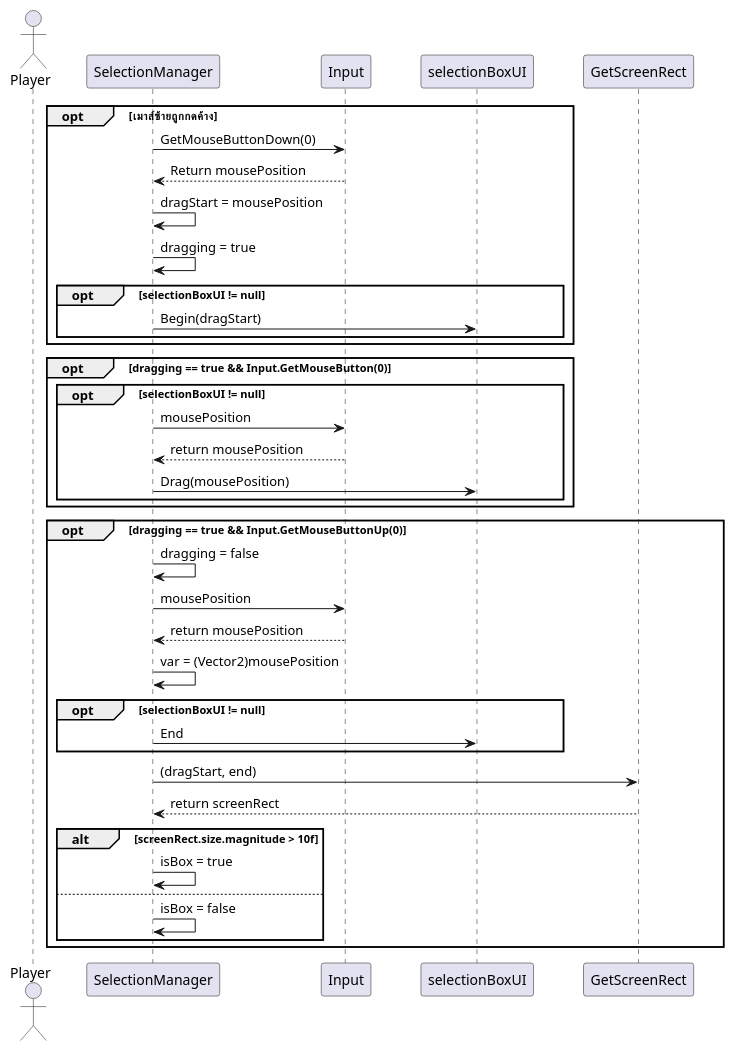
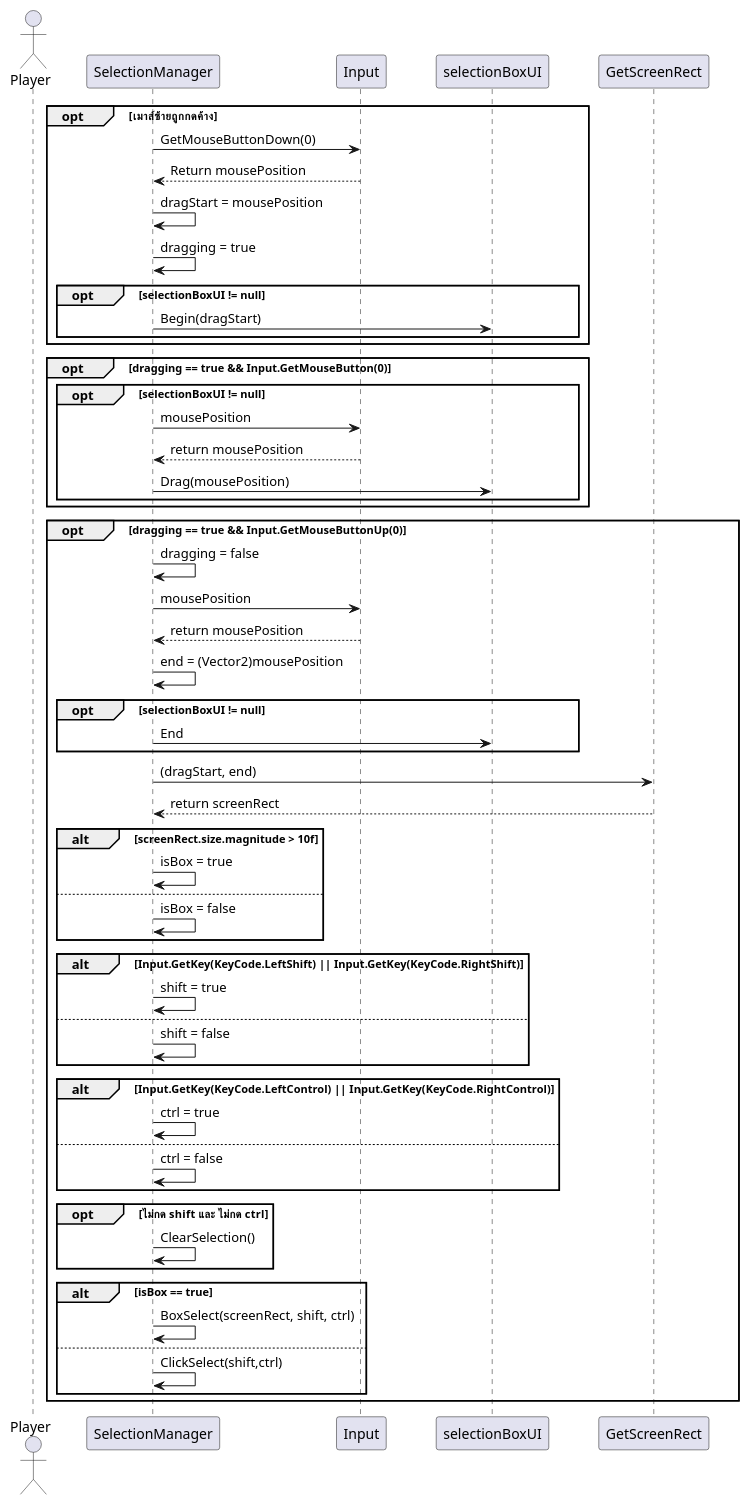
One commit to khongpak/URTS_GPT changed the diagram in Assets/UML/SequenceDiagrams/Selection/SelectionManager_HandleClickAndDrag_Sequence.puml. Above: the diagram before and after it, drawn with PlantUML. The commit also changed 1 other file, not shown here.

Commit message:
เป้าหมายบทเรียน #4 — Formation Move + Marker Pool ยังไม่เสร็จ กำลังทำถึงแค่ขั้นตอนที่ 1 สร้างไฟล์ ClickMoveMarkerPool.cs เหลืออีก 1 ไฟล์ ตอนนี้มาเพิ่ม Class Diagram ของ SelectionManager เสร็จแล้ว Update Sequence เสร็จแล้ว กำลังจะเริ่ม ClickSelect

```diff
--- a/Assets/UML/SequenceDiagrams/Selection/SelectionManager_HandleClickAndDrag_Sequence.puml
+++ b/Assets/UML/SequenceDiagrams/Selection/SelectionManager_HandleClickAndDrag_Sequence.puml
@@ -1,51 +1,71 @@
 @startuml
     skinparam Shadowing false
     skinparam ParticipantPadding 20
 
     actor Player
     Participant SelectionManager
     Participant Input
     Participant selectionBoxUI
     Participant GetScreenRect
 
     opt เมาส์ซ้ายถูกกดค้าง
         SelectionManager -> Input : GetMouseButtonDown(0)
         Input --> SelectionManager :Return mousePosition
         SelectionManager -> SelectionManager : dragStart = mousePosition
         SelectionManager -> SelectionManager : dragging = true
         
         opt selectionBoxUI != null
             SelectionManager -> selectionBoxUI : Begin(dragStart)
         end
     end
 
     opt dragging == true && Input.GetMouseButton(0)
         opt selectionBoxUI != null
             SelectionManager -> Input : mousePosition
             Input --> SelectionManager : return mousePosition
             SelectionManager -> selectionBoxUI : Drag(mousePosition)
         end
     end
 
     opt dragging == true && Input.GetMouseButtonUp(0)
         SelectionManager -> SelectionManager : dragging = false
         SelectionManager -> Input : mousePosition
         Input --> SelectionManager : return mousePosition
-        SelectionManager -> SelectionManager : var = (Vector2)mousePosition
+        SelectionManager -> SelectionManager : end = (Vector2)mousePosition
 
         opt selectionBoxUI != null
             SelectionManager -> selectionBoxUI : End
         end
 
         SelectionManager -> GetScreenRect : (dragStart, end)
         GetScreenRect --> SelectionManager : return screenRect
 
         alt screenRect.size.magnitude > 10f
             SelectionManager -> SelectionManager : isBox = true
         else
             SelectionManager -> SelectionManager : isBox = false
         end
     
-    
+        alt Input.GetKey(KeyCode.LeftShift) || Input.GetKey(KeyCode.RightShift)
+            SelectionManager -> SelectionManager : shift = true
+        else
+            SelectionManager -> SelectionManager : shift = false
+        end
+
+        alt Input.GetKey(KeyCode.LeftControl) || Input.GetKey(KeyCode.RightControl)
+            SelectionManager -> SelectionManager : ctrl = true
+        else
+            SelectionManager -> SelectionManager : ctrl = false
+        end
+
+        opt ไม่กด shift และ ไม่กด ctrl
+            SelectionManager -> SelectionManager : ClearSelection()
+        end
+
+        alt isBox == true
+            SelectionManager -> SelectionManager : BoxSelect(screenRect, shift, ctrl)
+        else
+            SelectionManager -> SelectionManager : ClickSelect(shift,ctrl)
+        end  
     end
 @enduml
```
